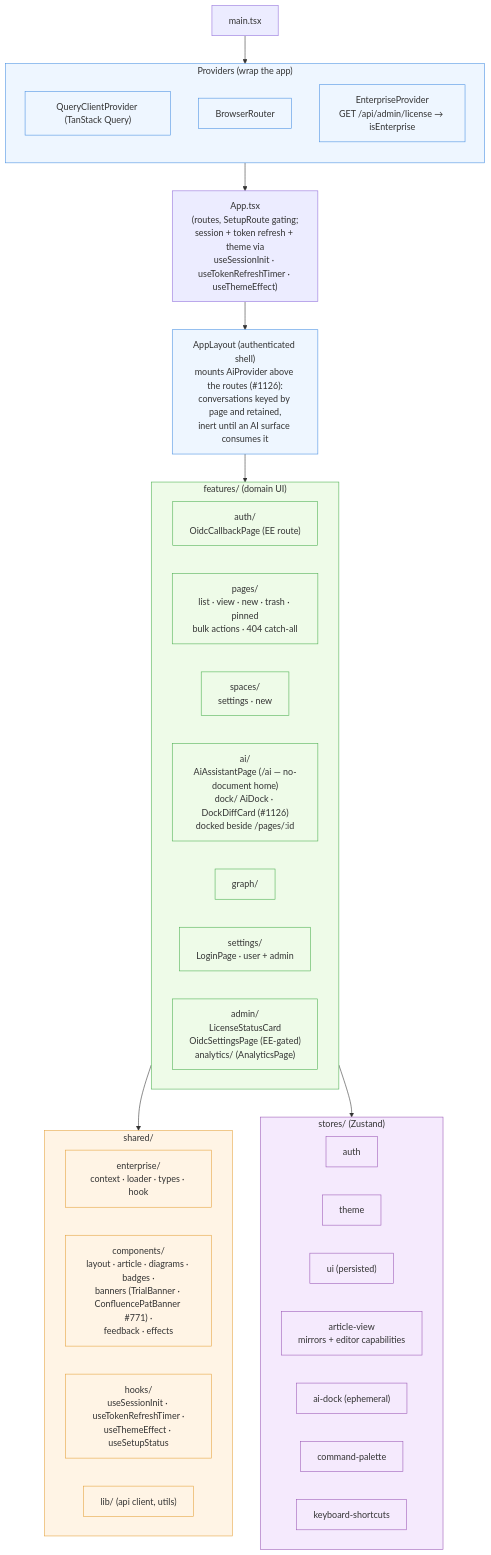
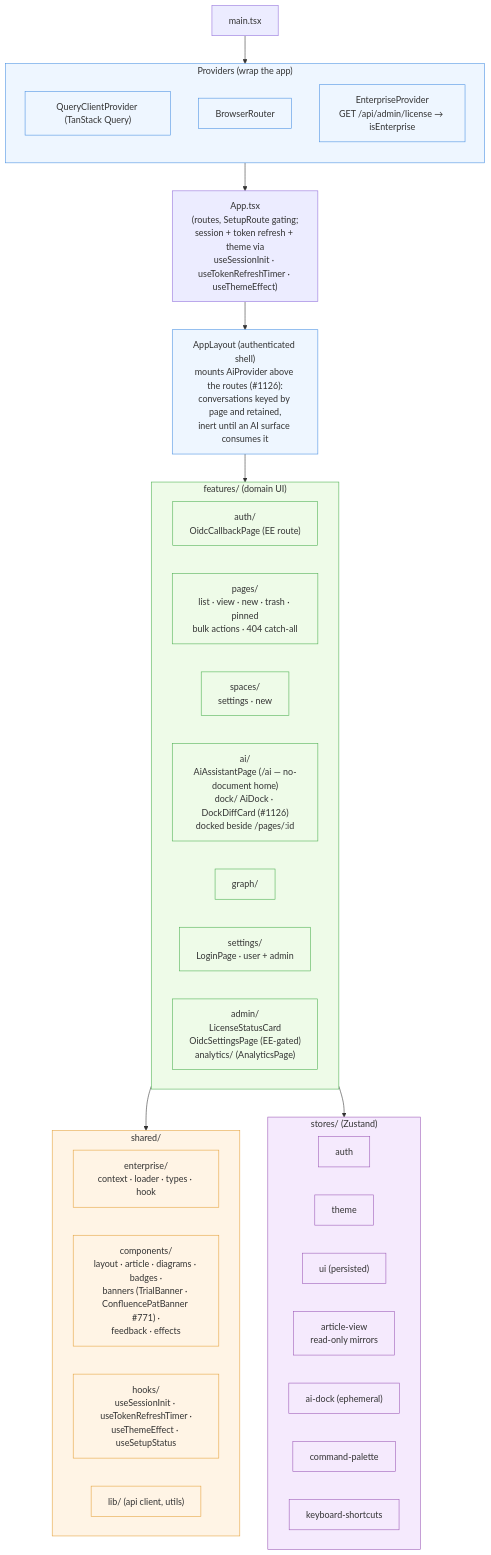
The first of 3 diagrams in docs/architecture/04-frontend-structure.md (Compendiq/compendiq-ce), drawn with Mermaid before and after one commit. The commit also changed other lines of this file and 11 other files, not shown here.

````diff
--- a/docs/architecture/04-frontend-structure.md
+++ b/docs/architecture/04-frontend-structure.md
@@ -8,59 +8,59 @@
 ```mermaid
 flowchart TB
     main["main.tsx"]
 
     subgraph providers["Providers (wrap the app)"]
         direction TB
         qp["QueryClientProvider (TanStack Query)"]
         rp["BrowserRouter"]
         ep["EnterpriseProvider<br/>GET /api/admin/license → isEnterprise"]
     end
 
     main --> providers
     providers --> app["App.tsx<br/>(routes, SetupRoute gating;<br/>session + token refresh + theme via<br/>useSessionInit · useTokenRefreshTimer · useThemeEffect)"]
 
     subgraph features["features/ (domain UI)"]
         direction LR
         fAuth["auth/<br/>OidcCallbackPage (EE route)"]
         fPages["pages/<br/>list · view · new · trash · pinned<br/>bulk actions · 404 catch-all"]
         fSpaces["spaces/<br/>settings · new"]
         fAI["ai/<br/>AiAssistantPage (/ai — no-document home)<br/>dock/ AiDock · DockDiffCard (#1126)<br/>docked beside /pages/:id"]
         fGraph["graph/"]
         fSettings["settings/<br/>LoginPage · user + admin"]
         fAdmin["admin/<br/>LicenseStatusCard<br/>OidcSettingsPage (EE-gated)<br/>analytics/ (AnalyticsPage)"]
     end
 
     app --> shell["AppLayout (authenticated shell)<br/>mounts AiProvider above the routes (#1126):<br/>conversations keyed by page and retained,<br/>inert until an AI surface consumes it"]
     shell --> features
 
     subgraph shared["shared/"]
         direction LR
         sEnt["enterprise/<br/>context · loader · types · hook"]
         sComp["components/<br/>layout · article · diagrams · badges ·<br/>banners (TrialBanner · ConfluencePatBanner #771) ·<br/>feedback · effects"]
         sHooks["hooks/<br/>useSessionInit · useTokenRefreshTimer ·<br/>useThemeEffect · useSetupStatus"]
         sLib["lib/ (api client, utils)"]
     end
 
     features --> shared
 
     subgraph stores["stores/ (Zustand)"]
         zAuth["auth"]
         zTheme["theme"]
         zUI["ui (persisted)"]
-        zAV["article-view<br/>mirrors + editor capabilities"]
+        zAV["article-view<br/>read-only mirrors"]
         zDock["ai-dock (ephemeral)"]
         zCmd["command-palette"]
         zKb["keyboard-shortcuts"]
     end
 
     features --> stores
 
     classDef prov fill:#eef6ff,stroke:#4a90e2
     classDef feat fill:#eefbe8,stroke:#4caf50
     classDef sh fill:#fff4e5,stroke:#e5a23c
     classDef st fill:#f5eafd,stroke:#9b59b6
     class providers,qp,rp,ep,shell prov
     class features,fAuth,fPages,fSpaces,fAI,fGraph,fSettings,fAdmin feat
     class shared,sEnt,sComp,sHooks,sLib sh
     class stores,zAuth,zTheme,zUI,zAV,zDock,zCmd,zKb st
 ```
````
